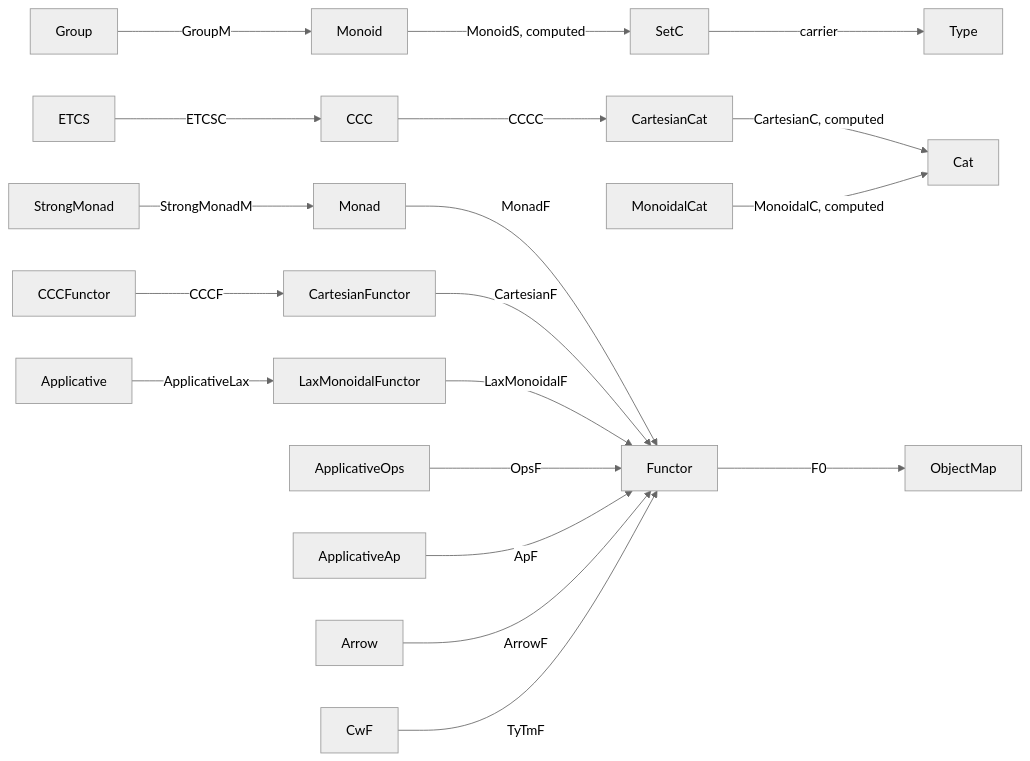
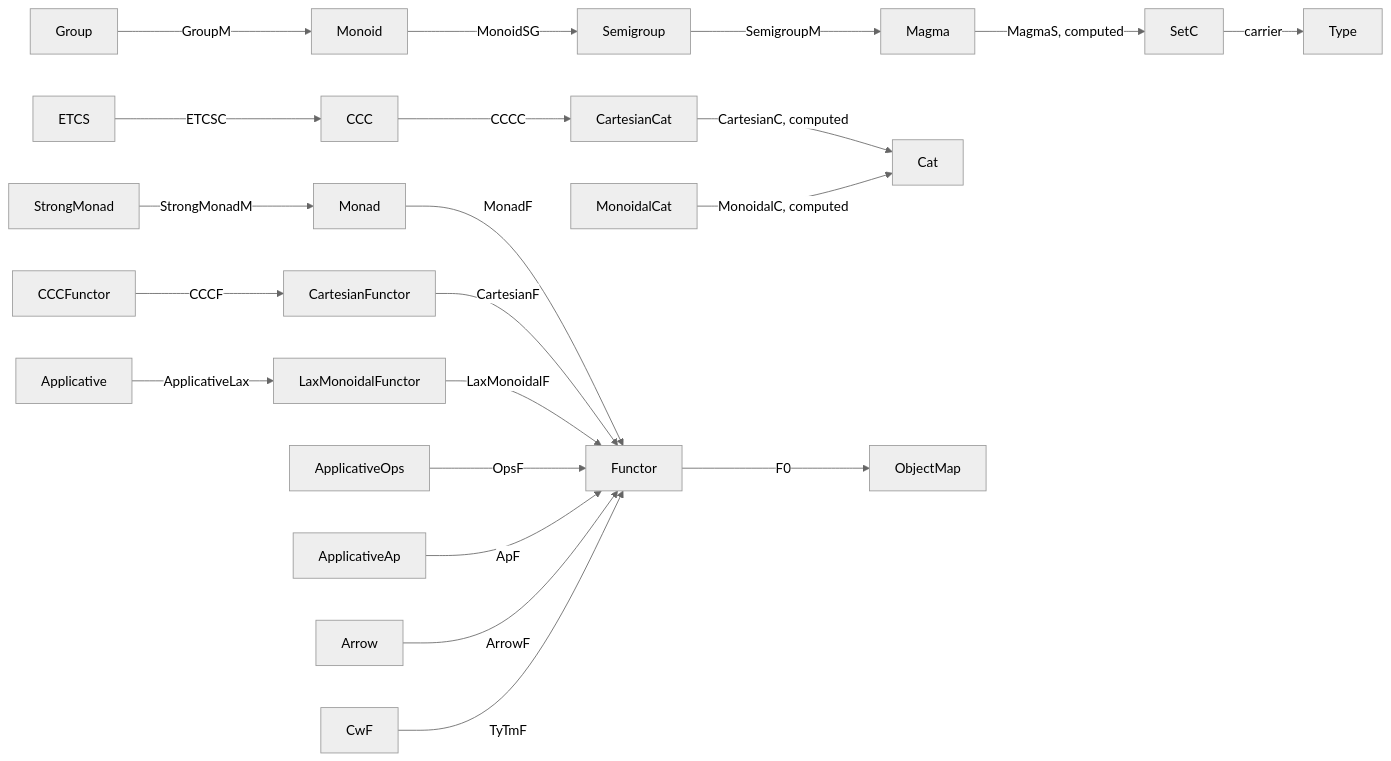
One commit to Godalin/rocq-cats changed the diagram in docs/BundledInterfaces.md. Above: the diagram before and after it, drawn with Mermaid (neutral theme). The commit also changed other lines of this file and 12 other files, not shown here.

First line of the commit message:
Extract magma and semigroup parents from setoid monoids

````diff
--- a/docs/BundledInterfaces.md
+++ b/docs/BundledInterfaces.md
@@ -671,21 +683,23 @@
 ```mermaid
 flowchart LR
   Group -->|GroupM| Monoid
-  Monoid -->|MonoidS, computed| SetC
+  Monoid -->|MonoidSG| Semigroup
+  Semigroup -->|SemigroupM| Magma
+  Magma -->|MagmaS, computed| SetC
   SetC -->|carrier| Type
   ETCS -->|ETCSC| CCC
   CCC -->|CCCC| CartesianCat
   CartesianCat -->|CartesianC, computed| Cat
   MonoidalCat -->|MonoidalC, computed| Cat
   StrongMonad -->|StrongMonadM| Monad
   Monad -->|MonadF| Functor
   CCCFunctor -->|CCCF| CartesianFunctor
   CartesianFunctor -->|CartesianF| Functor
   Applicative -->|ApplicativeLax| LaxMonoidalFunctor
   LaxMonoidalFunctor -->|LaxMonoidalF| Functor
   ApplicativeOps -->|OpsF| Functor
   ApplicativeAp -->|ApF| Functor
   Arrow -->|ArrowF| Functor
   CwF -->|TyTmF| Functor
   Functor -->|F0| ObjectMap
 ```
````
